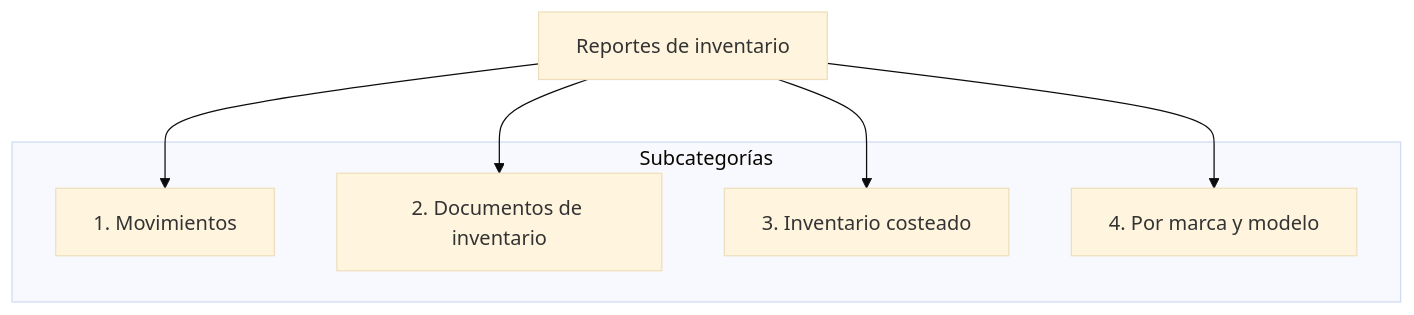
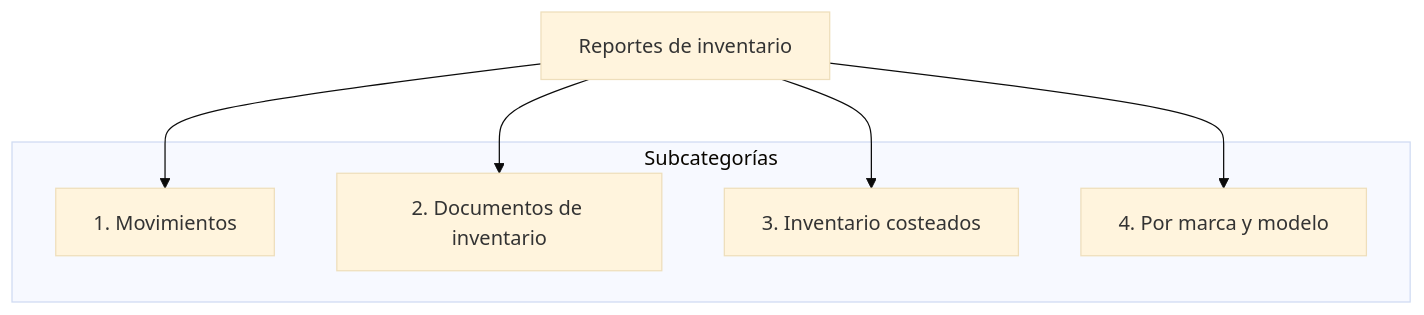
Before and after one commit to ContaportableDesarrollo03/CPDOCS: the first of 5 diagrams in docs/Reports/categorias/inventario.md, drawn with Mermaid (base theme). The commit also changed other lines of this file and 50 other files, not shown here.

````diff
--- a/docs/Reports/categorias/inventario.md
+++ b/docs/Reports/categorias/inventario.md
@@ -12,21 +11,21 @@
     ``` mermaid
     graph TD
       A[Reportes de inventario]:::root
 
       subgraph "Subcategorías"
         B[1. Movimientos]
         C[2. Documentos de inventario]
-        D[3. Inventario costeado]
+        D[3. Inventario costeados]
         E[4. Por marca y modelo]
       end
 
       A --> B
       A --> C
       A --> D
       A --> E
 
     click B "#1-movimientos" "Ir a movimientos"
     click C "#2-documentos-de-inventario" "Ir a documentos de inventario"
-    click D "#3-inventario-costeado" "Ir a inventario costeado"
+    click D "#3-inventario-costeados" "Ir a inventario costeado"
     click E "#4-por-marca-y-modelo" "Ir a reportes por marca y modelo"
     ```
````
